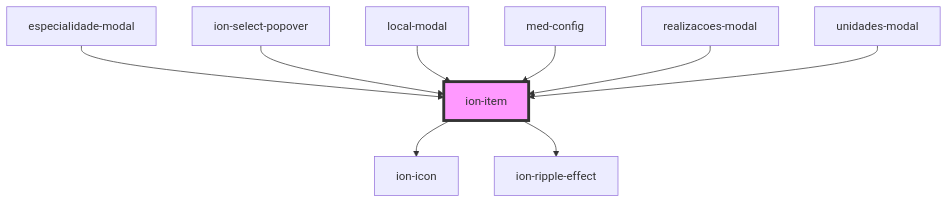
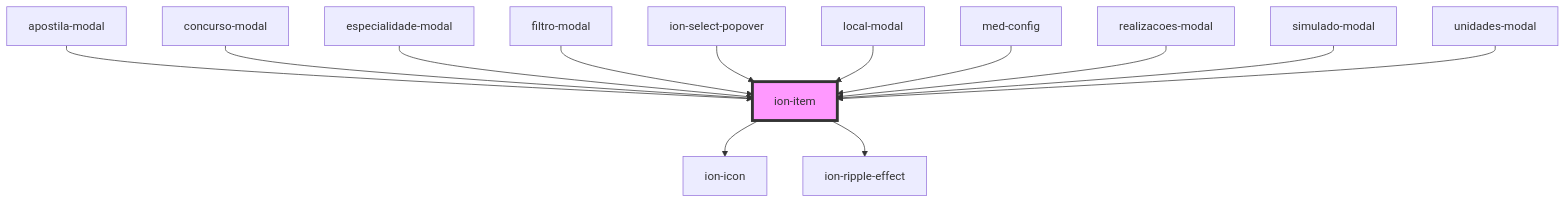
Before and after one commit to MEDGRUPOGIT/ionic-framework-1: the diagram in core/src/components/item/readme.md, drawn with Mermaid. The commit also changed other lines of this file and 37 other files, not shown here.

````diff
--- a/core/src/components/item/readme.md
+++ b/core/src/components/item/readme.md
@@ -1938,12 +1942,16 @@
 ```mermaid
 graph TD;
   ion-item --> ion-icon
   ion-item --> ion-ripple-effect
+  apostila-modal --> ion-item
+  concurso-modal --> ion-item
   especialidade-modal --> ion-item
+  filtro-modal --> ion-item
   ion-select-popover --> ion-item
   local-modal --> ion-item
   med-config --> ion-item
   realizacoes-modal --> ion-item
+  simulado-modal --> ion-item
   unidades-modal --> ion-item
   style ion-item fill:#f9f,stroke:#333,stroke-width:4px
 ```
````
